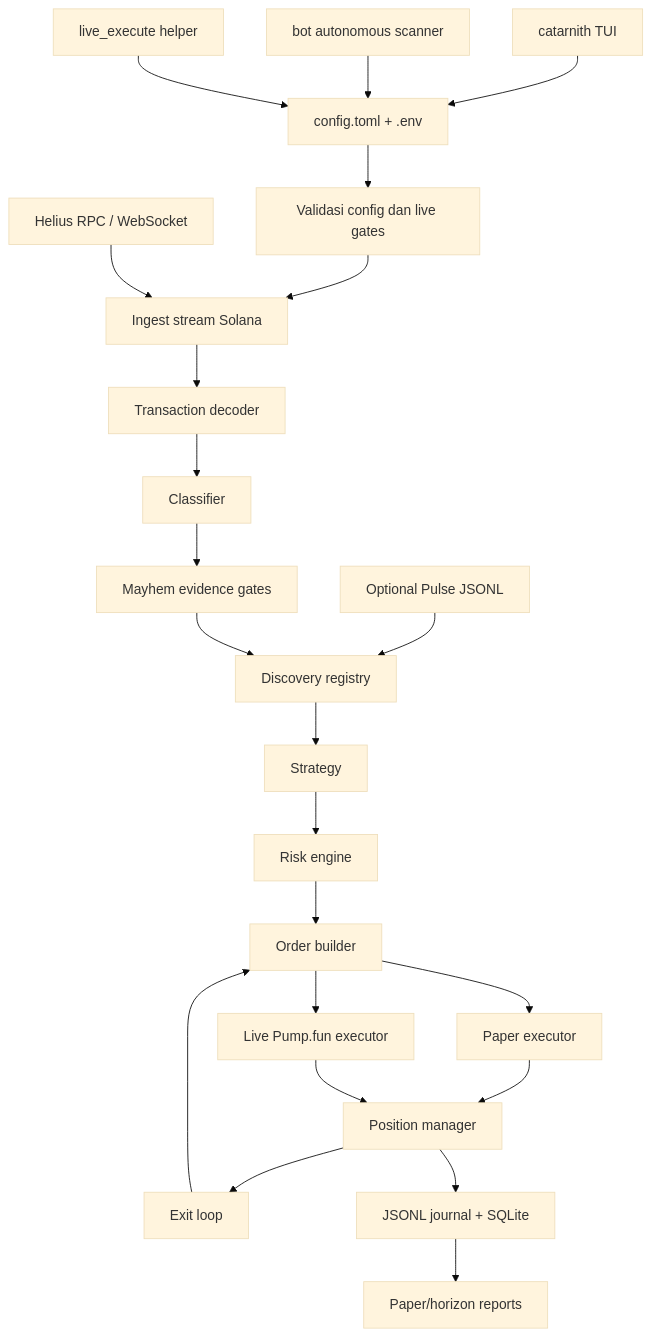
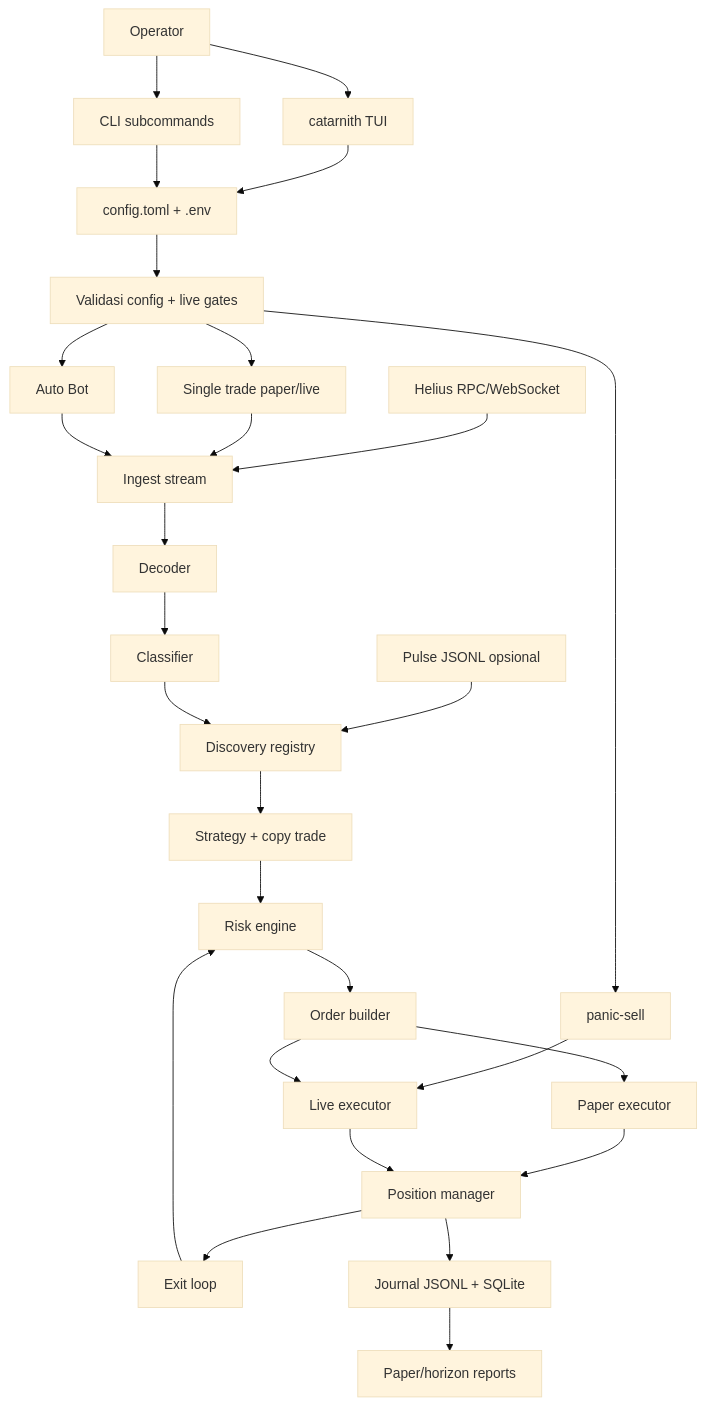
Before and after one commit to jxstme22/catarnithh: the first of 2 diagrams in frontend/docs.id.md, drawn with Mermaid (base theme). The commit also changed other lines of this file and 4 other files, not shown here.

````diff
--- a/frontend/docs.id.md
+++ b/frontend/docs.id.md
@@ -188,30 +29,35 @@
 ```mermaid
 flowchart TD
-    TUI["catarnith TUI"] --> Config["config.toml + .env"]
-    Bot["bot autonomous scanner"] --> Config
-    LiveCLI["live_execute helper"] --> Config
+    User["Operator"] --> TUI["catarnith TUI"]
+    User --> CLI["CLI subcommands"]
 
-    Config --> Validate["Validasi config dan live gates"]
-    Validate --> Ingest["Ingest stream Solana"]
+    TUI --> Config["config.toml + .env"]
+    CLI --> Config
+    Config --> Validate["Validasi config + live gates"]
 
-    Helius["Helius RPC / WebSocket"] --> Ingest
-    Pulse["Optional Pulse JSONL"] --> Discovery
+    Validate --> Single["Single trade paper/live"]
+    Validate --> AutoBot["Auto Bot"]
+    Validate --> Panic["panic-sell"]
 
-    Ingest --> Decode["Transaction decoder"]
+    Helius["Helius RPC/WebSocket"] --> Ingest["Ingest stream"]
+    Pulse["Pulse JSONL opsional"] --> Discovery["Discovery registry"]
+    Ingest --> Decode["Decoder"]
     Decode --> Classify["Classifier"]
-    Classify --> Evidence["Mayhem evidence gates"]
-    Evidence --> Discovery["Discovery registry"]
-    Discovery --> Strategy["Strategy"]
+    Classify --> Discovery
+    Discovery --> Strategy["Strategy + copy trade"]
     Strategy --> Risk["Risk engine"]
     Risk --> Order["Order builder"]
 
-    Order --> Paper["Paper executor"]
-    Order --> Live["Live Pump.fun executor"]
-    Paper --> Positions["Position manager"]
-    Live --> Positions
-    Positions --> Exit["Exit loop"]
-    Exit --> Order
+    Single --> Ingest
+    AutoBot --> Ingest
+    Panic --> LiveExec["Live executor"]
+    Order --> PaperExec["Paper executor"]
+    Order --> LiveExec
 
-    Positions --> Journal["JSONL journal + SQLite"]
+    PaperExec --> Positions["Position manager"]
+    LiveExec --> Positions
+    Positions --> ExitLoop["Exit loop"]
+    ExitLoop --> Risk
+    Positions --> Journal["Journal JSONL + SQLite"]
     Journal --> Reports["Paper/horizon reports"]
 ```
````
